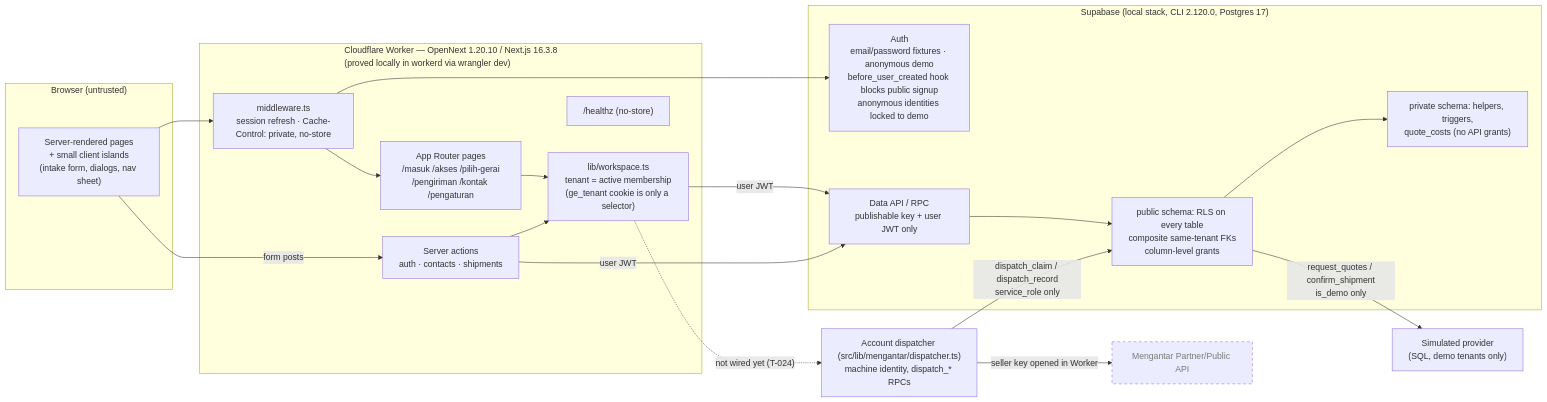
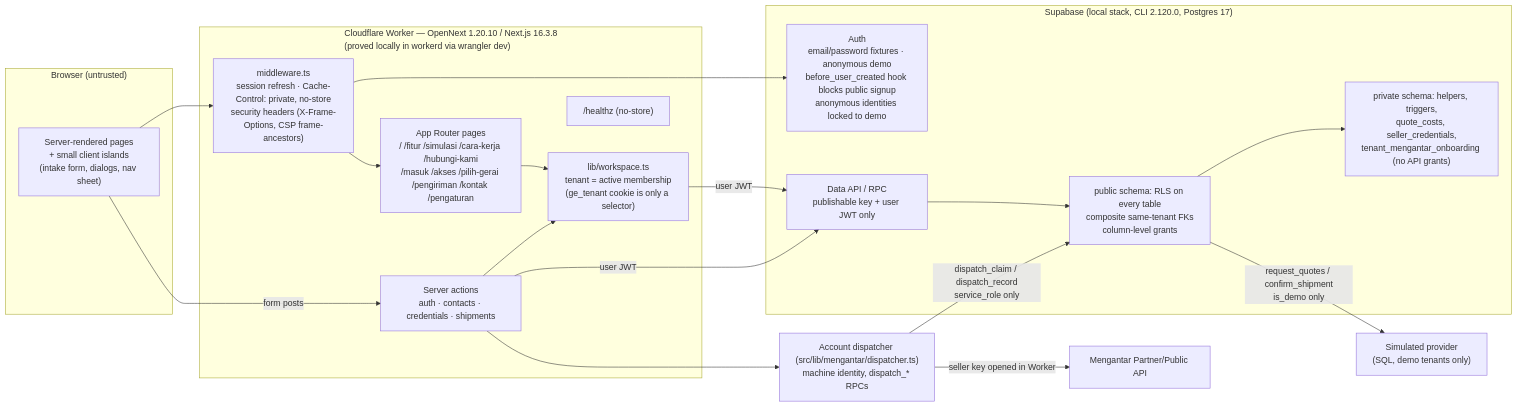
Before and after one commit to ongkipro/geraiexpress: the first of 4 diagrams in ARCHITECTURE.md, drawn with Mermaid. The commit also changed other lines of this file and 49 other files, not shown here.

Commit message:
Complete Mengantar COD, batch payment, Partner onboarding, and GeraiExpress marketing (T-025..T-030)

````diff
--- a/ARCHITECTURE.md
+++ b/ARCHITECTURE.md
@@ -21,38 +22,38 @@
 ```mermaid
 flowchart LR
     subgraph Browser["Browser (untrusted)"]
         UI["Server-rendered pages<br/>+ small client islands<br/>(intake form, dialogs, nav sheet)"]
     end
     subgraph Worker["Cloudflare Worker — OpenNext 1.20.10 / Next.js 16.3.8<br/>(proved locally in workerd via wrangler dev)"]
-        MW["middleware.ts<br/>session refresh · Cache-Control: private, no-store"]
-        Pages["App Router pages<br/>/masuk /akses /pilih-gerai<br/>/pengiriman /kontak /pengaturan"]
-        Actions["Server actions<br/>auth · contacts · shipments"]
+        MW["middleware.ts<br/>session refresh · Cache-Control: private, no-store<br/>security headers (X-Frame-Options, CSP frame-ancestors)"]
+        Pages["App Router pages<br/>/ /fitur /simulasi /cara-kerja /hubungi-kami<br/>/masuk /akses /pilih-gerai /pengiriman /kontak /pengaturan"]
+        Actions["Server actions<br/>auth · contacts · credentials · shipments"]
         WS["lib/workspace.ts<br/>tenant = active membership<br/>(ge_tenant cookie is only a selector)"]
         Health["/healthz (no-store)"]
     end
     subgraph Supabase["Supabase (local stack, CLI 2.120.0, Postgres 17)"]
         Auth["Auth<br/>email/password fixtures · anonymous demo<br/>before_user_created hook blocks public signup<br/>anonymous identities locked to demo"]
         API["Data API / RPC<br/>publishable key + user JWT only"]
         DB["public schema: RLS on every table<br/>composite same-tenant FKs<br/>column-level grants"]
-        Priv["private schema: helpers, triggers,<br/>quote_costs (no API grants)"]
+        Priv["private schema: helpers, triggers,<br/>quote_costs, seller_credentials,<br/>tenant_mengantar_onboarding (no API grants)"]
     end
     Sim["Simulated provider<br/>(SQL, demo tenants only)"]
-    Mengantar["Mengantar Partner/Public API"]:::target
+    Mengantar["Mengantar Partner/Public API"]
     Dispatcher["Account dispatcher (src/lib/mengantar/dispatcher.ts)<br/>machine identity, dispatch_* RPCs"]
 
     UI --> MW --> Pages
     UI -->|form posts| Actions
     Pages --> WS
     Actions --> WS
     WS -->|user JWT| API
     Actions -->|user JWT| API
     MW --> Auth
     API --> DB
     DB --> Priv
     DB -->|request_quotes / confirm_shipment<br/>is_demo only| Sim
     Dispatcher -->|"dispatch_claim / dispatch_record<br/>service_role only"| DB
     Dispatcher -->|seller key opened in Worker| Mengantar
-    WS -.->|"not wired yet (T-024)"| Dispatcher
+    Actions --> Dispatcher
 
     classDef target stroke-dasharray: 5 5,color:#7a7a7a
 ```
````
